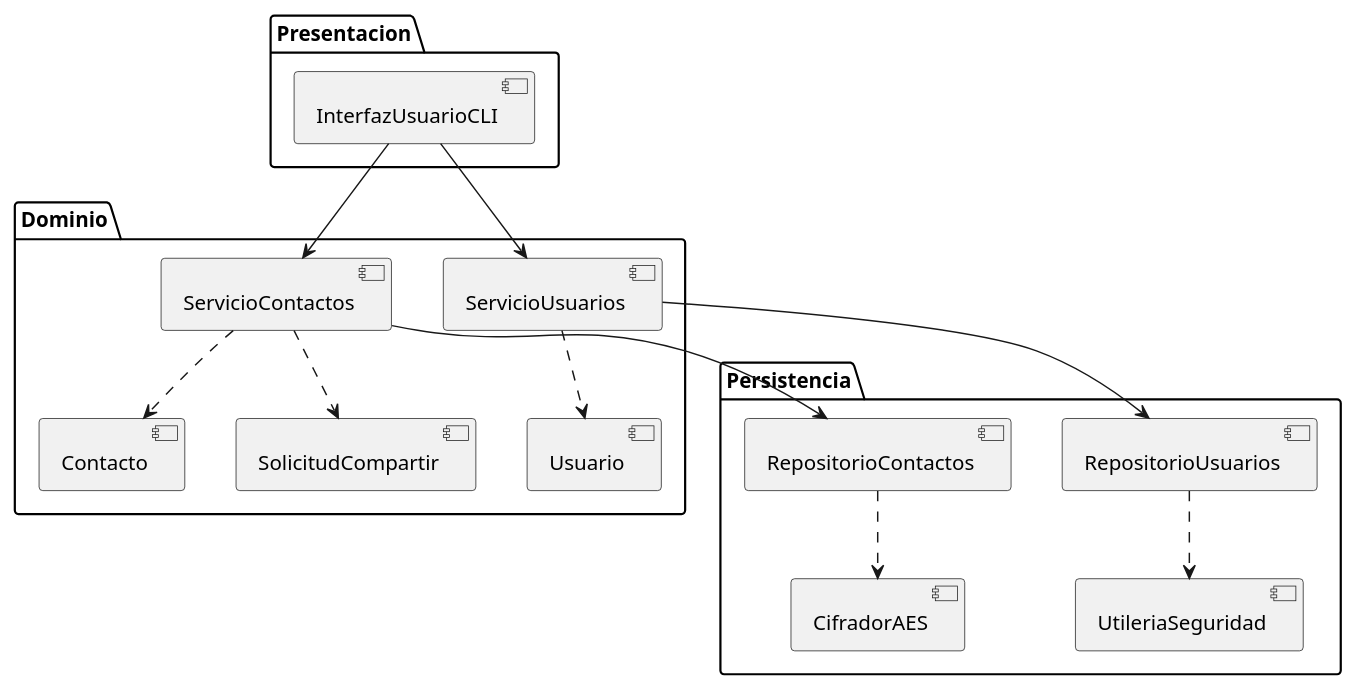
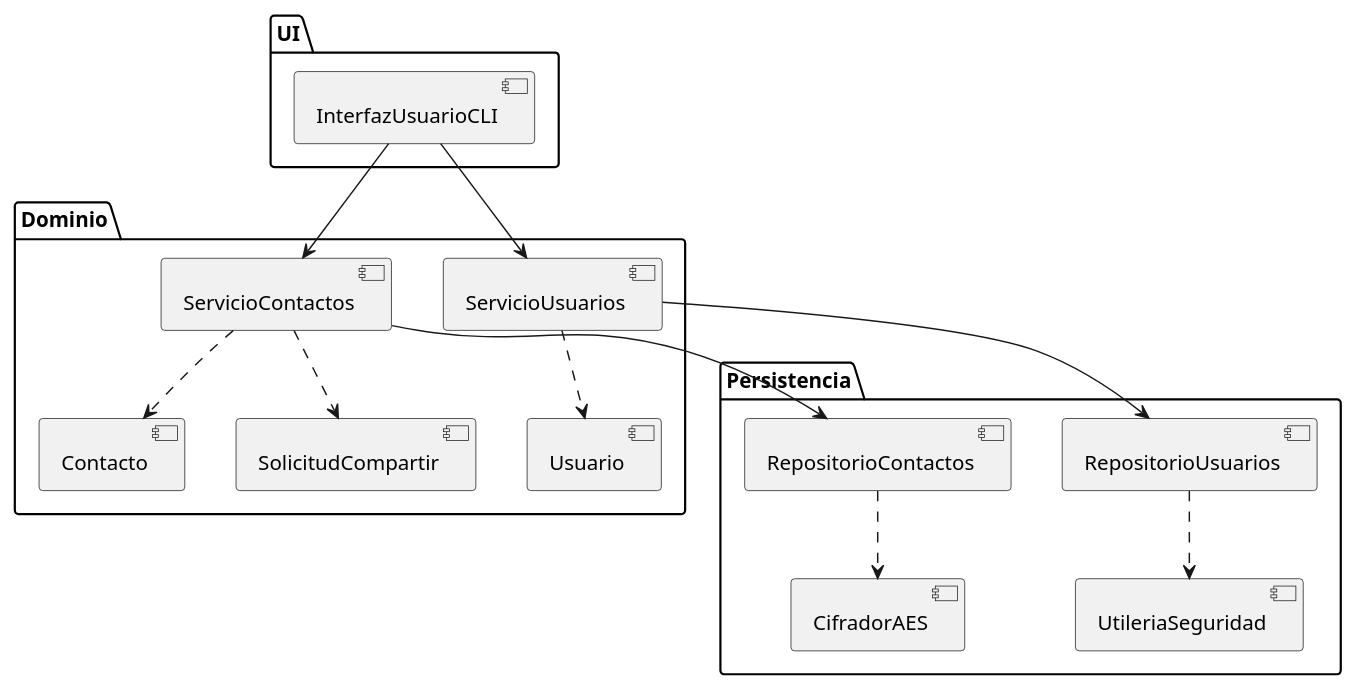
One commit to TheEbu10/Proyecto-Paradigmas changed the diagram in Diagrama_Paquetes.puml. Above: the diagram before and after it, drawn with PlantUML. The commit also changed 3 other files, not shown here.

Commit message:
cambios a los diagramas: clases y paquetes

```diff
--- a/Diagrama_Paquetes.puml
+++ b/Diagrama_Paquetes.puml
@@ -1,48 +1,48 @@
 @startuml Paquetes
 
 
 ' 1. Capa de Presentación
-package Presentacion {
+package UI {
     component InterfazUsuarioCLI
 }
 
 ' 2. Capa de Dominio (Negocio)
 package Dominio {
     ' Servicios
     component ServicioUsuarios
     component ServicioContactos
 
     ' Entidades
     [Usuario]
     [Contacto]
     [SolicitudCompartir]
 }
 
 ' 3. Capa de Persistencia (Datos)
 package Persistencia {
     ' Repositorios
     component RepositorioUsuarios
     component RepositorioContactos
 
     ' Utilidades
     component CifradorAES
     component UtileriaSeguridad
 }
 
 
 ' Presentacion usa Dominio
 InterfazUsuarioCLI --> ServicioUsuarios
 InterfazUsuarioCLI --> ServicioContactos 
 
 ' Dominio usa Persistencia
 ServicioUsuarios --> RepositorioUsuarios
 ServicioContactos --> RepositorioContactos
 
 ' Relaciones internas y de manipulación de entidades
 ServicioUsuarios ..> Usuario
 ServicioContactos ..> Contacto
 ServicioContactos ..> SolicitudCompartir
 
 RepositorioUsuarios ..> UtileriaSeguridad
 RepositorioContactos ..> CifradorAES
 @enduml
```
